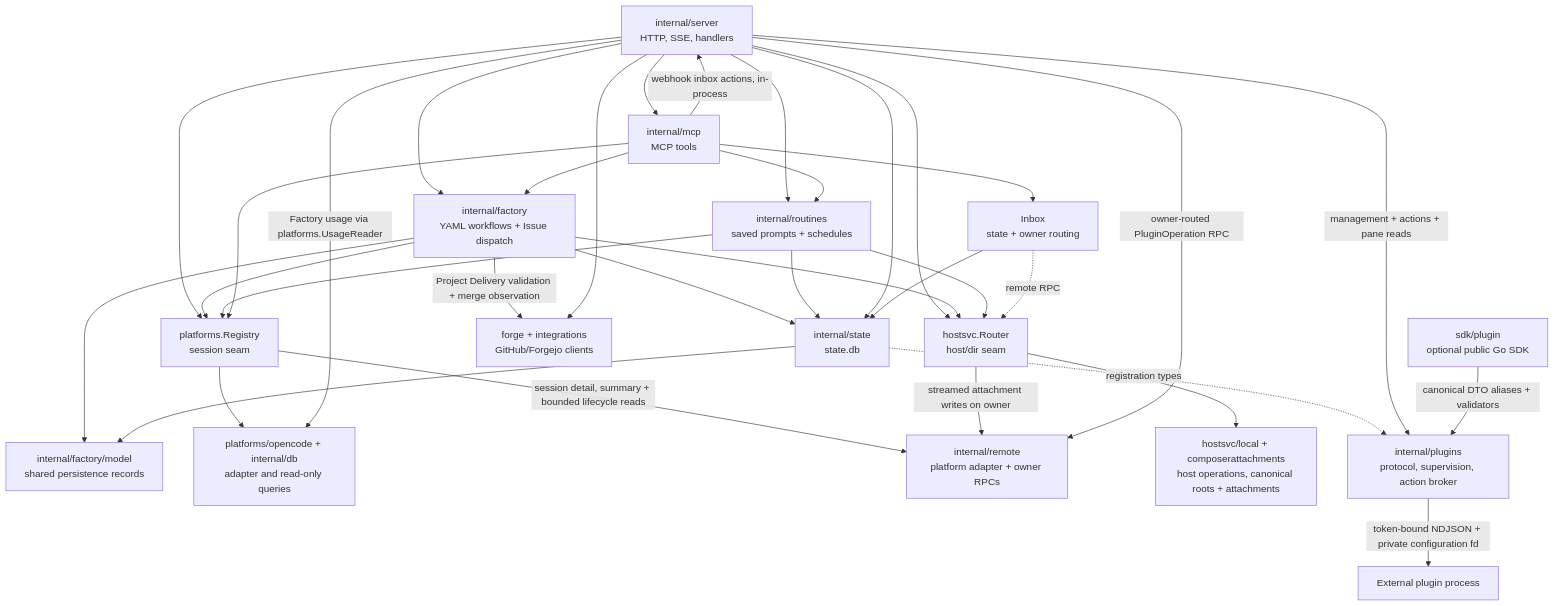
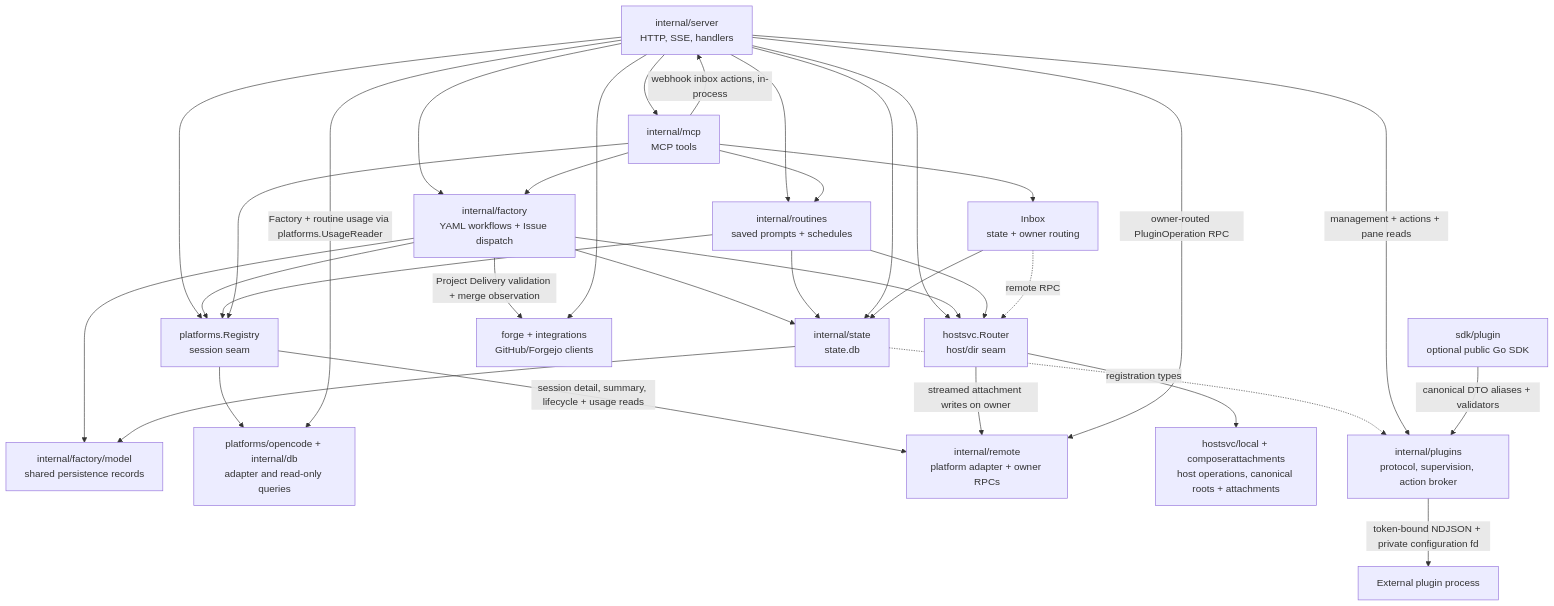
One commit to ocman/ocman changed the third of 5 diagrams in docs/other/architecture.md. Above: the diagram before and after it, drawn with Mermaid. The commit also changed other lines of this file and 13 other files, not shown here.

Commit message:
fix(routines): preserve drafts and read remote usage

````diff
--- a/docs/other/architecture.md
+++ b/docs/other/architecture.md
@@ -156,36 +156,36 @@
 ```mermaid
 flowchart TD
     Server[internal/server<br/>HTTP, SSE, handlers] --> Registry[platforms.Registry<br/>session seam]
     Server --> Router[hostsvc.Router<br/>host/dir seam]
     Server --> Routines[internal/routines<br/>saved prompts + schedules]
     Server --> Factory[internal/factory<br/>YAML workflows + Issue dispatch]
     Factory --> FactoryModel[internal/factory/model<br/>shared persistence records]
     Factory --> State
     State --> FactoryModel
     Factory --> Registry
     Factory --> Router
     Factory -->|Project Delivery validation + merge observation| Forge
     Routines --> Registry
     Routines --> Router
     Routines --> State
     Server --> MCP[internal/mcp<br/>MCP tools]
     MCP --> Factory
     MCP --> Inbox[Inbox<br/>state + owner routing]
     MCP --> Routines
     MCP -->|webhook inbox actions, in-process| Server
     MCP --> Registry
     Registry --> OC[platforms/opencode + internal/db<br/>adapter and read-only queries]
-    Server -->|Factory usage via platforms.UsageReader| OC
-    Registry -->|session detail, summary + bounded lifecycle reads| RP[internal/remote<br/>platform adapter + owner RPCs]
+    Server -->|Factory + routine usage via platforms.UsageReader| OC
+    Registry -->|session detail, summary, lifecycle + usage reads| RP[internal/remote<br/>platform adapter + owner RPCs]
     Router --> Local[hostsvc/local + composerattachments<br/>host operations, canonical roots + attachments]
     Router -->|streamed attachment writes on owner| RP
     Server --> State[internal/state<br/>state.db]
     Inbox --> State
     Inbox -.->|remote RPC| Router
     Server --> Forge[forge + integrations<br/>GitHub/Forgejo clients]
     State -.->|registration types| Plugins[internal/plugins<br/>protocol, supervision, action broker]
     Server -->|management + actions + pane reads| Plugins
     Plugins -->|token-bound NDJSON + private configuration fd| PluginExec[External plugin process]
     Server -->|owner-routed PluginOperation RPC| RP
     PluginSDK[sdk/plugin<br/>optional public Go SDK] -->|canonical DTO aliases + validators| Plugins
 ```
````
